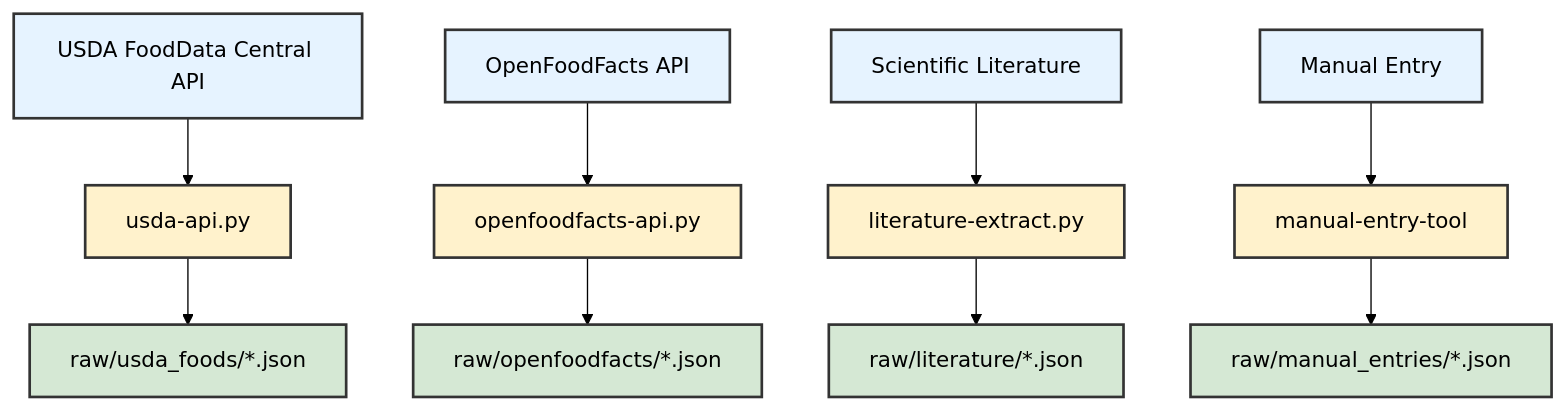
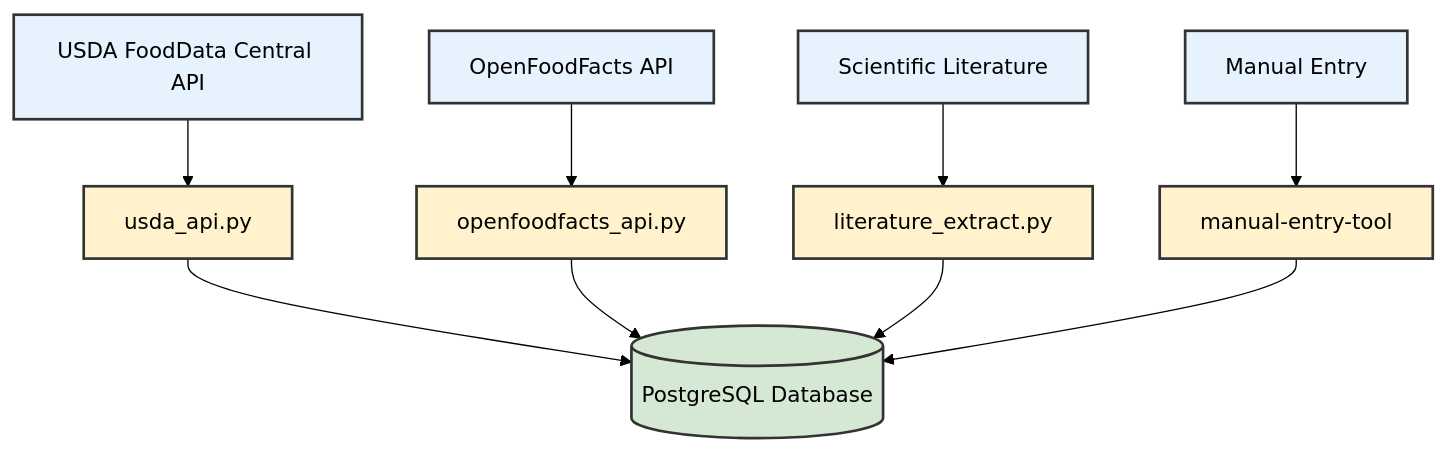
The diagram in docs/visualizations/data-collection-diagram.mermaid (tmaasen/nutritional-psychiatry-database), drawn with Mermaid (forest theme) before and after one commit. The commit also changed 19 other files, not shown here.

```diff
--- a/docs/visualizations/data-collection-diagram.mermaid
+++ b/docs/visualizations/data-collection-diagram.mermaid
@@ -1,38 +1,35 @@
 flowchart TD
     %% Data Collection Sources
     USDA[USDA FoodData Central API]
     OFF[OpenFoodFacts API]
     LIT[Scientific Literature]
     MAN[Manual Entry]
     
     %% Collection Scripts
-    USDA_SCRIPT[usda-api.py]
-    OFF_SCRIPT[openfoodfacts-api.py]
-    LIT_SCRIPT[literature-extract.py]
+    USDA_SCRIPT[usda_api.py]
+    OFF_SCRIPT[openfoodfacts_api.py]
+    LIT_SCRIPT[literature_extract.py]
     MAN_SCRIPT[manual-entry-tool]
     
-    %% Raw Data
-    RAW_USDA[raw/usda_foods/*.json]
-    RAW_OFF[raw/openfoodfacts/*.json]
-    RAW_LIT[raw/literature/*.json]
-    RAW_MAN[raw/manual_entries/*.json]
+    %% Database
+    DB[(PostgreSQL Database)]
     
     %% Connections
     USDA --> USDA_SCRIPT
     OFF --> OFF_SCRIPT
     LIT --> LIT_SCRIPT
     MAN --> MAN_SCRIPT
     
-    USDA_SCRIPT --> RAW_USDA
-    OFF_SCRIPT --> RAW_OFF
-    LIT_SCRIPT --> RAW_LIT
-    MAN_SCRIPT --> RAW_MAN
+    USDA_SCRIPT --> DB
+    OFF_SCRIPT --> DB
+    LIT_SCRIPT --> DB
+    MAN_SCRIPT --> DB
     
     %% Styling
     classDef sources fill:#e6f3ff,stroke:#333,stroke-width:2px
     classDef scripts fill:#fff2cc,stroke:#333,stroke-width:2px
-    classDef data fill:#d5e8d4,stroke:#333,stroke-width:2px
+    classDef database fill:#d5e8d4,stroke:#333,stroke-width:2px
     
     class USDA,OFF,LIT,MAN sources
     class USDA_SCRIPT,OFF_SCRIPT,LIT_SCRIPT,MAN_SCRIPT scripts
-    class RAW_USDA,RAW_OFF,RAW_LIT,RAW_MAN data
+    class DB database
```
